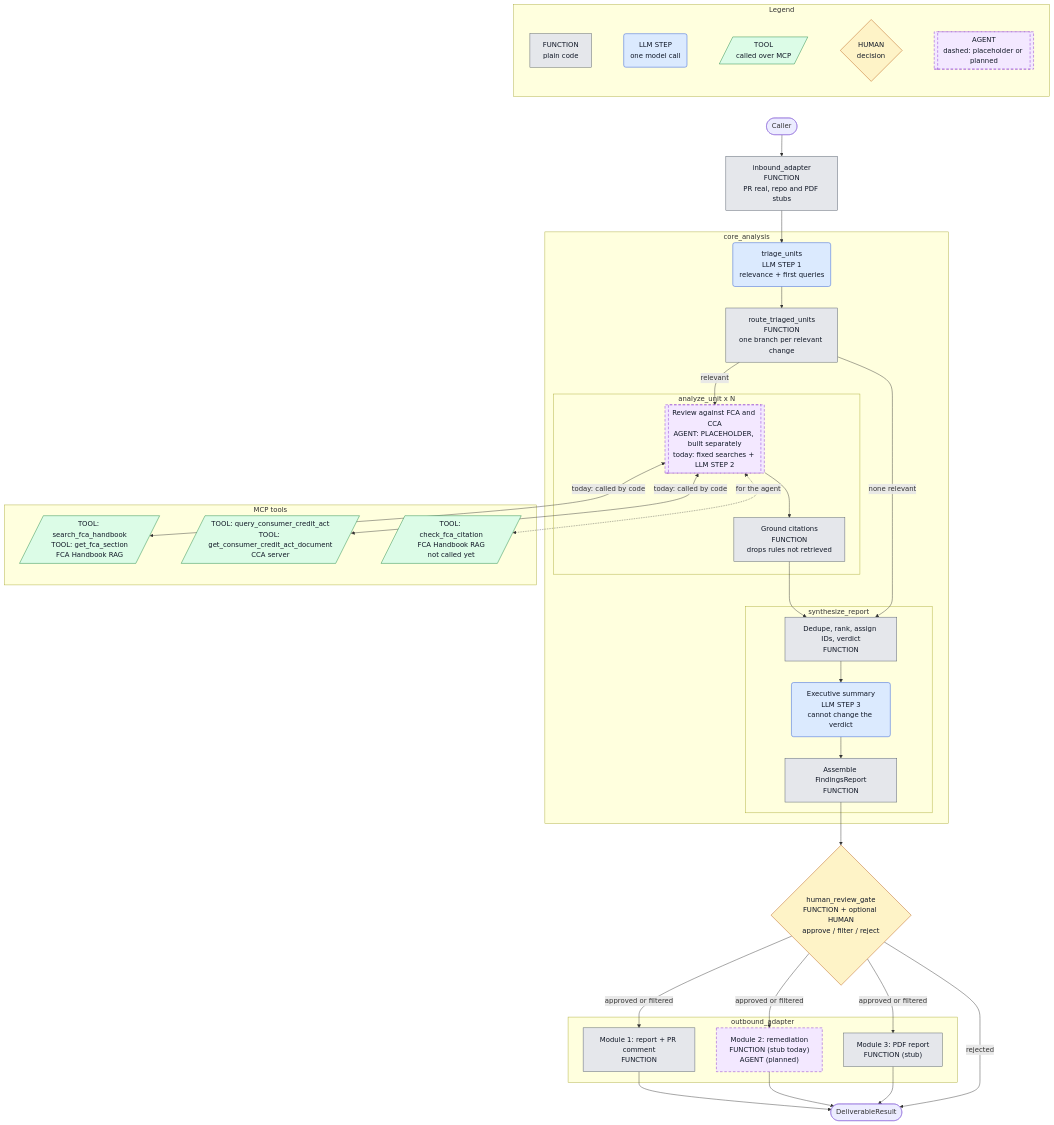
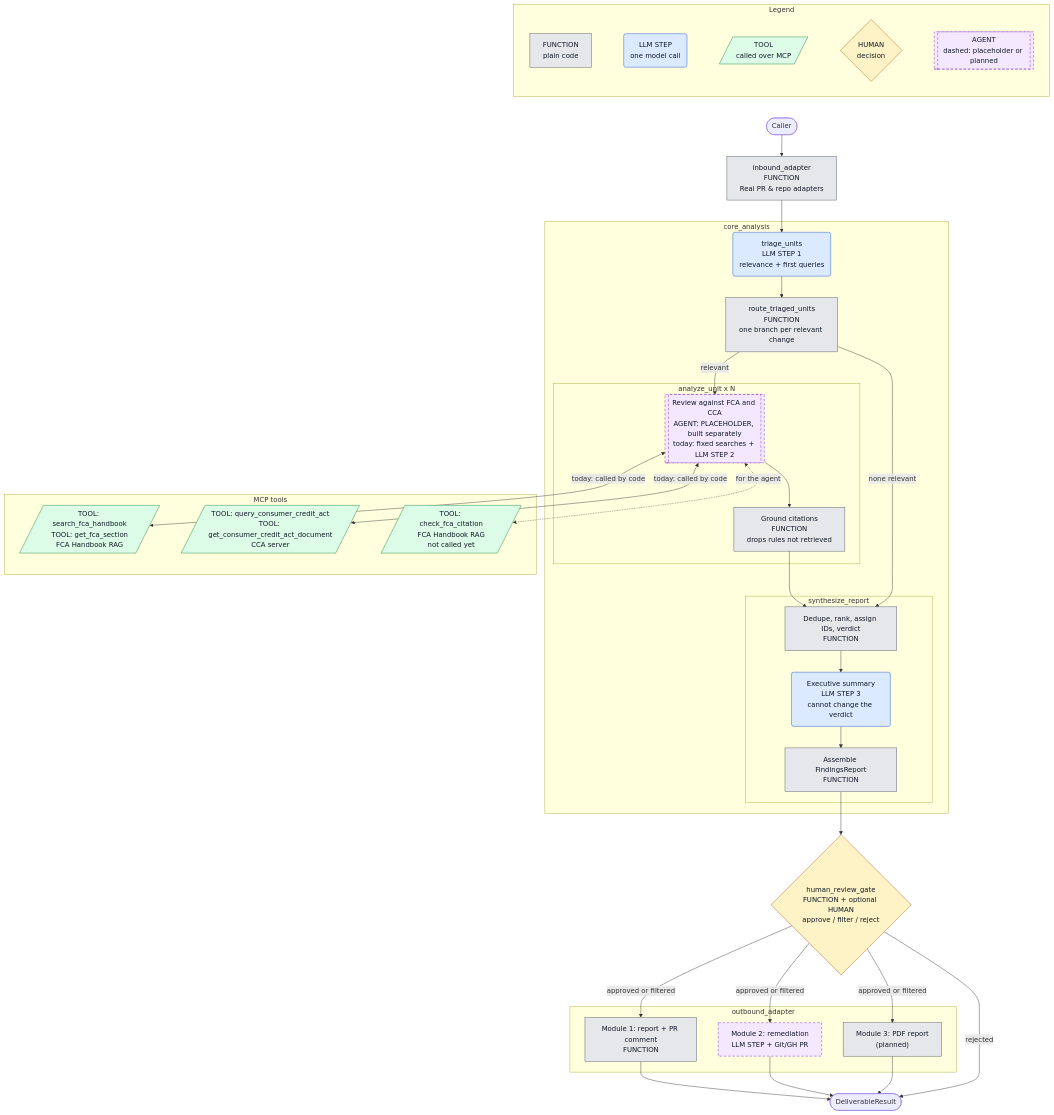
One commit to langchain-samples/fsi-hackathon-london-2026 changed the third of 3 diagrams in 04_fca_compliance_agent/ARCHITECTURE.md. Above: the diagram before and after it, drawn with Mermaid. The commit also changed other lines of this file and 28 other files, not shown here.

Commit message:
refactor(04): remove all stubs and mocks from main code and wire real integrations

````diff
--- a/04_fca_compliance_agent/ARCHITECTURE.md
+++ b/04_fca_compliance_agent/ARCHITECTURE.md
@@ -126,63 +126,63 @@
 ```mermaid
 flowchart TB
     subgraph LEGEND["Legend"]
         direction LR
         L1["FUNCTION<br/>plain code"] ~~~ L2("LLM STEP<br/>one model call") ~~~ L3[/"TOOL<br/>called over MCP"/] ~~~ L4{"HUMAN<br/>decision"} ~~~ L5[["AGENT<br/>dashed: placeholder or planned"]]
     end
     LEGEND ~~~ START
 
-    START(["Caller"]) --> IN["inbound_adapter<br/>FUNCTION<br/>PR real, repo and PDF stubs"]
+    START(["Caller"]) --> IN["inbound_adapter<br/>FUNCTION<br/>Real PR & repo adapters"]
 
     subgraph CORE["core_analysis"]
         TRI("triage_units<br/>LLM STEP 1<br/>relevance + first queries")
         ROUTE["route_triaged_units<br/>FUNCTION<br/>one branch per relevant change"]
 
         subgraph ANALYZE["analyze_unit x N"]
             AGENT[["Review against FCA and CCA<br/>AGENT: PLACEHOLDER, built separately<br/>today: fixed searches + LLM STEP 2"]]
             CHECK["Ground citations<br/>FUNCTION<br/>drops rules not retrieved"]
         end
 
         subgraph SYNTH["synthesize_report"]
             RANK["Dedupe, rank, assign IDs, verdict<br/>FUNCTION"]
             SUM("Executive summary<br/>LLM STEP 3<br/>cannot change the verdict")
             REPORT["Assemble FindingsReport<br/>FUNCTION"]
         end
     end
 
     subgraph TOOLS["MCP tools"]
         FCA[/"TOOL: search_fca_handbook<br/>TOOL: get_fca_section<br/>FCA Handbook RAG"/]
         CCA[/"TOOL: query_consumer_credit_act<br/>TOOL: get_consumer_credit_act_document<br/>CCA server"/]
         CIT[/"TOOL: check_fca_citation<br/>FCA Handbook RAG<br/>not called yet"/]
     end
 
     GATE{"human_review_gate<br/>FUNCTION + optional HUMAN<br/>approve / filter / reject"}
 
     subgraph OUT["outbound_adapter"]
         OUTPR["Module 1: report + PR comment<br/>FUNCTION"]
-        OUTREPO["Module 2: remediation<br/>FUNCTION (stub today)<br/>AGENT (planned)"]
-        OUTPDF["Module 3: PDF report<br/>FUNCTION (stub)"]
+        OUTREPO["Module 2: remediation<br/>LLM STEP + Git/GH PR"]
+        OUTPDF["Module 3: PDF report<br/>(planned)"]
     end
 
     DONE(["DeliverableResult"])
 
     IN --> TRI --> ROUTE
     ROUTE -->|"relevant"| AGENT
     ROUTE -->|"none relevant"| RANK
     AGENT <-->|"today: called by code"| FCA & CCA
     AGENT <-.->|"for the agent"| CIT
     AGENT --> CHECK --> RANK --> SUM --> REPORT --> GATE
     GATE -->|"approved or filtered"| OUTPR & OUTREPO & OUTPDF
     GATE -->|"rejected"| DONE
     OUTPR & OUTREPO & OUTPDF --> DONE
 
     classDef fn fill:#e5e7eb,stroke:#4b5563,color:#111827
     classDef llm fill:#dbeafe,stroke:#1d4ed8,color:#111827
     classDef tool fill:#dcfce7,stroke:#15803d,color:#111827
     classDef human fill:#fef3c7,stroke:#b45309,color:#111827
     classDef planned fill:#f3e8ff,stroke:#7e22ce,color:#111827,stroke-dasharray:6 4
     class IN,ROUTE,CHECK,RANK,REPORT,OUTPR,OUTPDF,L1 fn
     class TRI,SUM,L2 llm
     class FCA,CCA,CIT,L3 tool
     class GATE,L4 human
     class AGENT,OUTREPO,L5 planned
 ```
````
